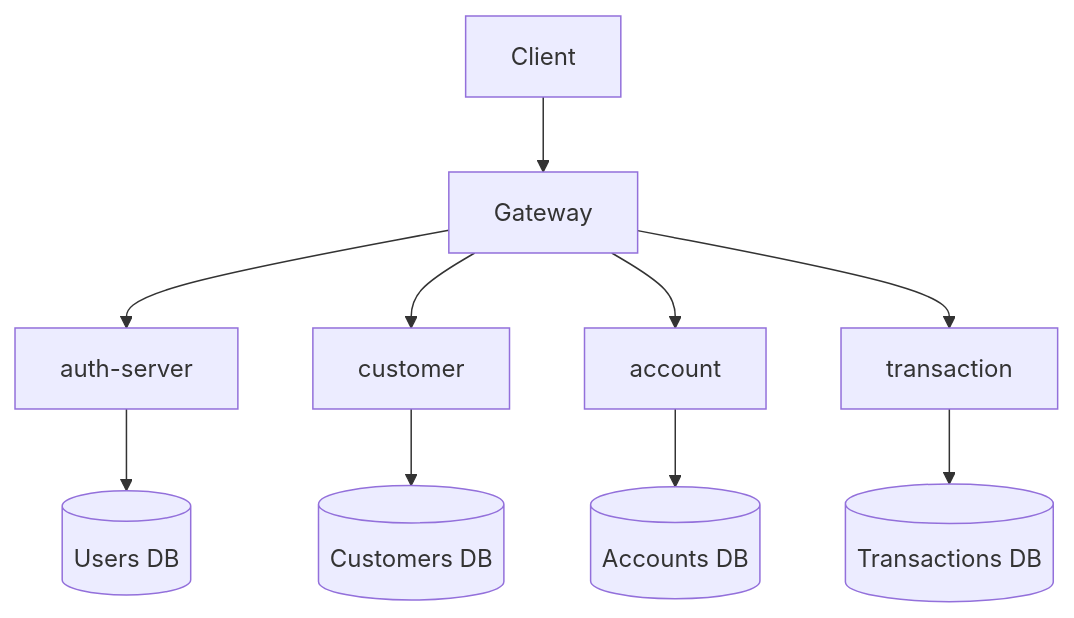
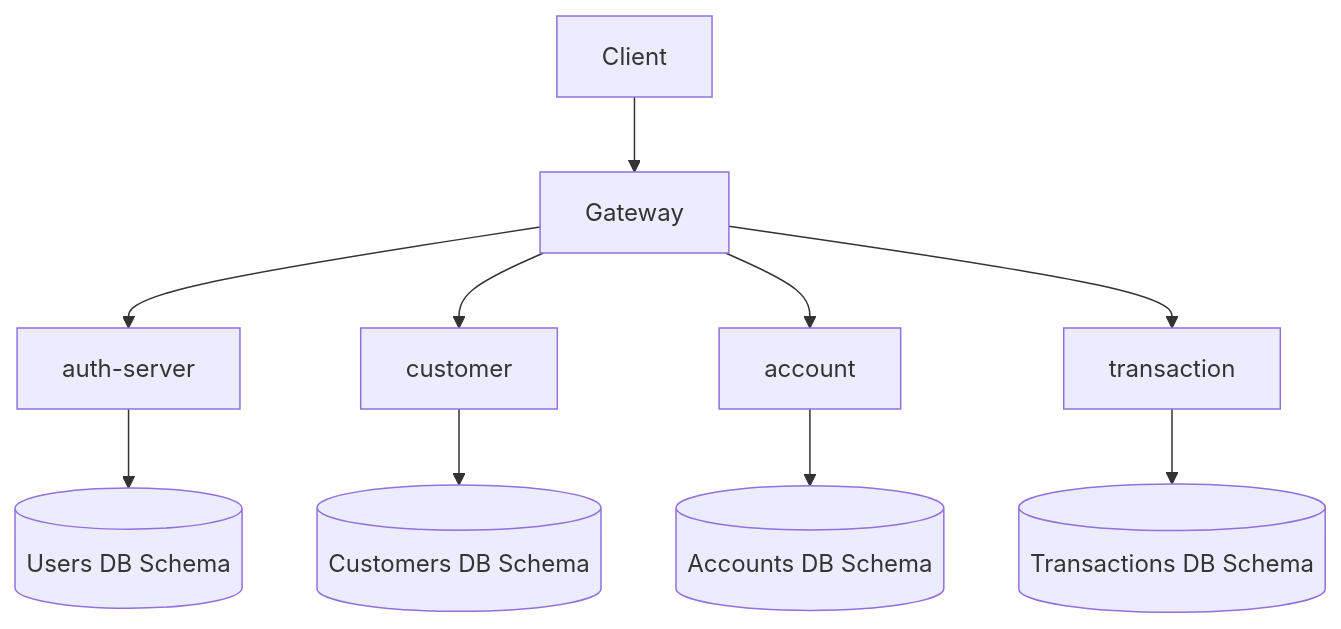
The first of 3 diagrams in README.md (Lfav07/amerbank-micro), drawn with Mermaid before and after one commit. The commit also changed other lines of this file, not shown here.

Commit message:
docs: add missing database schema ownership information to README

````diff
--- a/README.md
+++ b/README.md
@@ -96,12 +96,12 @@
 ```mermaid
 graph TD
-    Client --> Gateway
-    Gateway --> auth-server
-    Gateway --> customer
-    Gateway --> account
-    Gateway --> transaction
-    auth-server --> UsersDB[(Users DB)]
-    customer --> CustomersDB[(Customers DB)]
-    account --> AccountDB[(Accounts DB)]
-    transaction --> transactionDB[(Transactions DB)]
+  Client --> Gateway
+  Gateway --> auth-server
+  Gateway --> customer
+  Gateway --> account
+  Gateway --> transaction
+  auth-server --> UsersDB[(Users DB Schema)]
+  customer --> CustomersDB[(Customers DB Schema)]
+  account --> AccountDB[(Accounts DB Schema)]
+  transaction --> transactionDB[(Transactions DB Schema)]
 ```
````
